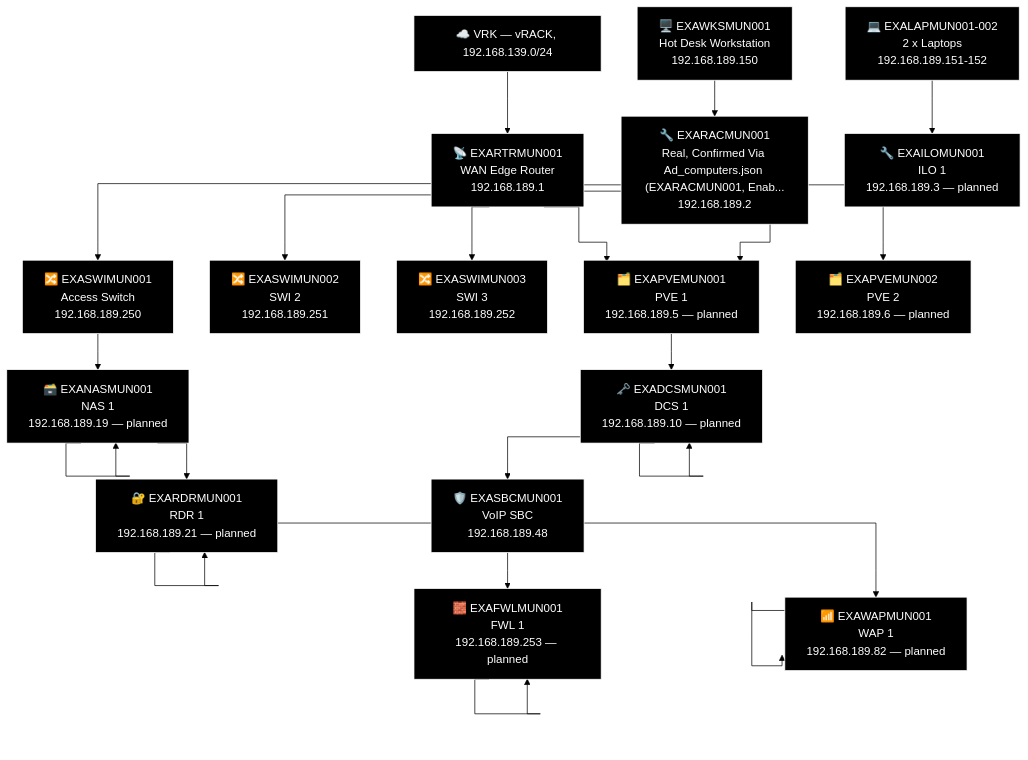
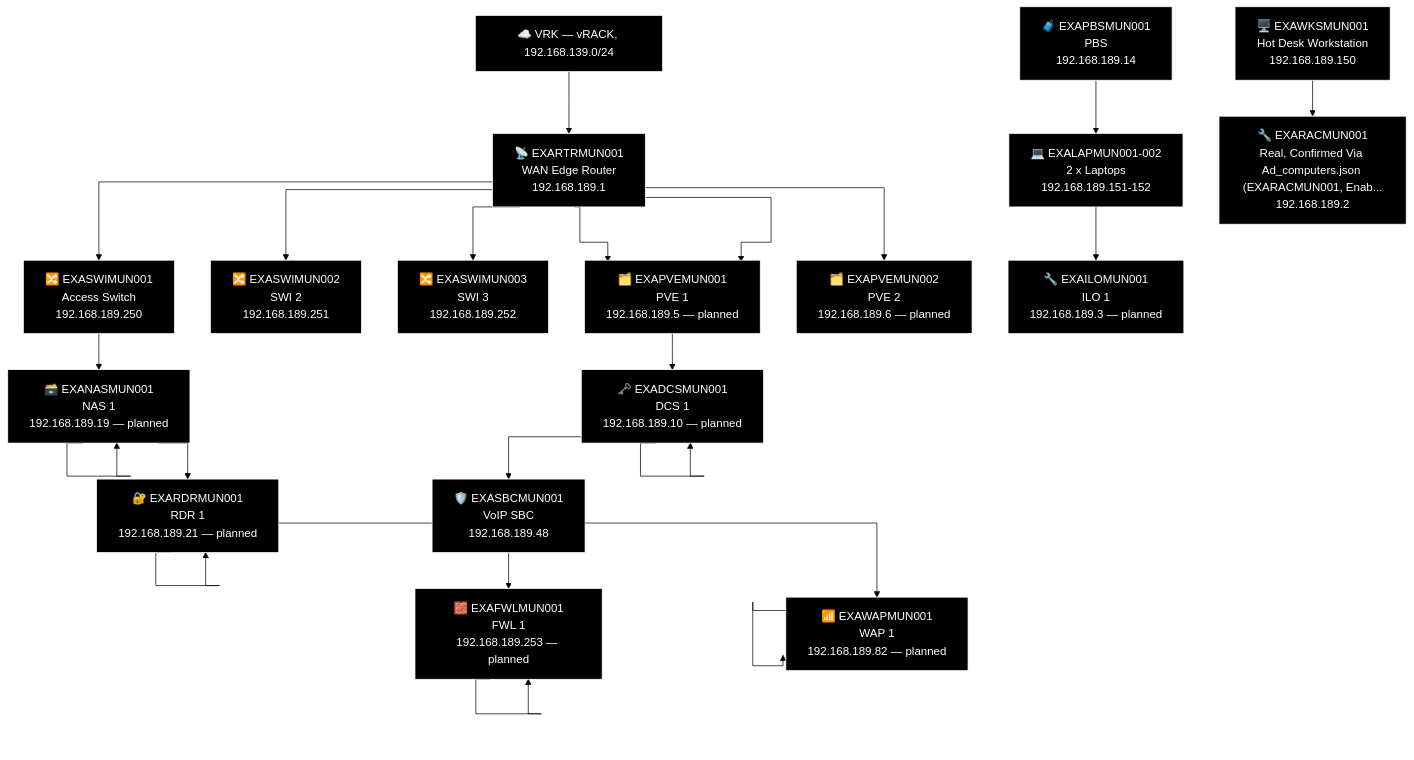
Before and after one commit to knightmare2600/example_music_infra: the ninth of 13 diagrams in docs/network-diagram/deutschland.md, drawn with Mermaid (forest theme). The commit also changed other lines of this file and 14 other files, not shown here.

First line of the commit message:
docs/network-diagram: regenerate, every site was missing its PBS node

````diff
--- a/docs/network-diagram/deutschland.md
+++ b/docs/network-diagram/deutschland.md
@@ -388,63 +393,65 @@
 ```mermaid
 %% GENERATED:TOPOLOGY:MUN:START
 %%{init: {'flowchart': {'curve': 'stepAfter'}}}%%
 graph TD
     T_VRK["☁️ VRK — vRACK, 192.168.139.0/24"]
     T_RTR["📡 EXARTRMUN001<br/>WAN Edge Router<br/>192.168.189.1"]
     T_VRK --> T_RTR
     T_PVE["🗂️ EXAPVEMUN001<br/>PVE 1<br/>192.168.189.5"]
     T_RTR --> T_PVE
     T_SWI["🔀 EXASWIMUN002<br/>SWI 2<br/>192.168.189.251"]
     T_RTR --> T_SWI
     T_SWI2["🔀 EXASWIMUN003<br/>SWI 3<br/>192.168.189.252"]
     T_RTR --> T_SWI2
     T_SWI3["🔀 EXASWIMUN001<br/>Access Switch<br/>192.168.189.250"]
     T_RTR --> T_SWI3
     T_PVE["🗂️ EXAPVEMUN001<br/>PVE 1<br/>192.168.189.5 — planned"]
     T_RTR --> T_PVE
     T_PVE2["🗂️ EXAPVEMUN002<br/>PVE 2<br/>192.168.189.6 — planned"]
     T_RTR --> T_PVE2
     T_NAS["🗃️ EXANASMUN001<br/>NAS<br/>192.168.189.19"]
     T_NAS["🗃️ EXANASMUN001<br/>NAS 1<br/>192.168.189.19 — planned"]
     T_RDR["🔐 EXARDRMUN001<br/>RDR<br/>192.168.189.21"]
     T_RDR["🔐 EXARDRMUN001<br/>RDR 1<br/>192.168.189.21 — planned"]
     T_WAP["📶 EXAWAPMUN001<br/>WAP 1<br/>192.168.189.82"]
     T_WAP["📶 EXAWAPMUN001<br/>WAP 1<br/>192.168.189.82 — planned"]
     T_SWI3 --> T_NAS --> T_NAS --> T_RDR --> T_RDR --> T_WAP --> T_WAP
     T_DCS["🗝️ EXADCSMUN001<br/>DCS 1<br/>192.168.189.10"]
     T_DCS["🗝️ EXADCSMUN001<br/>DCS 1<br/>192.168.189.10 — planned"]
     T_SBC["🛡️ EXASBCMUN001<br/>VoIP SBC<br/>192.168.189.48"]
     T_FWL["🧱 EXAFWLMUN001<br/>LAN Face<br/>192.168.189.253"]
     T_FWL["🧱 EXAFWLMUN001<br/>FWL 1<br/>192.168.189.253 — planned"]
     T_PVE --> T_DCS --> T_DCS --> T_SBC --> T_FWL --> T_FWL
+    T_PBS["🧳 EXAPBSMUN001<br/>PBS<br/>192.168.189.14"]
     T_WKS["🖥️ EXAWKSMUN001<br/>Hot Desk Workstation<br/>192.168.189.150"]
     T_OTH_LAP["💻 EXALAPMUN001-002<br/>2 x Laptops<br/>192.168.189.151-152"]
     T_RAC["🔧 EXARACMUN001<br/>Real, Confirmed Via Ad_computers.json (EXARACMUN001, Enab...<br/>192.168.189.2"]
     T_ILO["🔧 EXAILOMUN001<br/>ILO 1<br/>192.168.189.3 — planned"]
+    T_PBS --> T_OTH_LAP --> T_ILO
     T_WKS --> T_RAC
-    T_OTH_LAP --> T_ILO
     style T_VRK fill:#000000,stroke:#FFFFFF,color:#FFFFFF
     style T_RTR fill:#000000,stroke:#FFFFFF,color:#FFFFFF
     style T_PVE fill:#000000,stroke:#FFFFFF,color:#FFFFFF
     style T_SWI fill:#000000,stroke:#FFFFFF,color:#FFFFFF
     style T_SWI2 fill:#000000,stroke:#FFFFFF,color:#FFFFFF
     style T_SWI3 fill:#000000,stroke:#FFFFFF,color:#FFFFFF
     style T_PVE fill:#000000,stroke:#FFFFFF,color:#FFFFFF
     style T_PVE2 fill:#000000,stroke:#FFFFFF,color:#FFFFFF
     style T_NAS fill:#000000,stroke:#FFFFFF,color:#FFFFFF
     style T_NAS fill:#000000,stroke:#FFFFFF,color:#FFFFFF
     style T_RDR fill:#000000,stroke:#FFFFFF,color:#FFFFFF
     style T_RDR fill:#000000,stroke:#FFFFFF,color:#FFFFFF
     style T_WAP fill:#000000,stroke:#FFFFFF,color:#FFFFFF
     style T_WAP fill:#000000,stroke:#FFFFFF,color:#FFFFFF
     style T_DCS fill:#000000,stroke:#FFFFFF,color:#FFFFFF
     style T_DCS fill:#000000,stroke:#FFFFFF,color:#FFFFFF
     style T_SBC fill:#000000,stroke:#FFFFFF,color:#FFFFFF
     style T_FWL fill:#000000,stroke:#FFFFFF,color:#FFFFFF
     style T_FWL fill:#000000,stroke:#FFFFFF,color:#FFFFFF
+    style T_PBS fill:#000000,stroke:#FFFFFF,color:#FFFFFF
     style T_WKS fill:#000000,stroke:#FFFFFF,color:#FFFFFF
     style T_OTH_LAP fill:#000000,stroke:#FFFFFF,color:#FFFFFF
     style T_RAC fill:#000000,stroke:#FFFFFF,color:#FFFFFF
     style T_ILO fill:#000000,stroke:#FFFFFF,color:#FFFFFF
 %% GENERATED:TOPOLOGY:MUN:END
 ```
````
